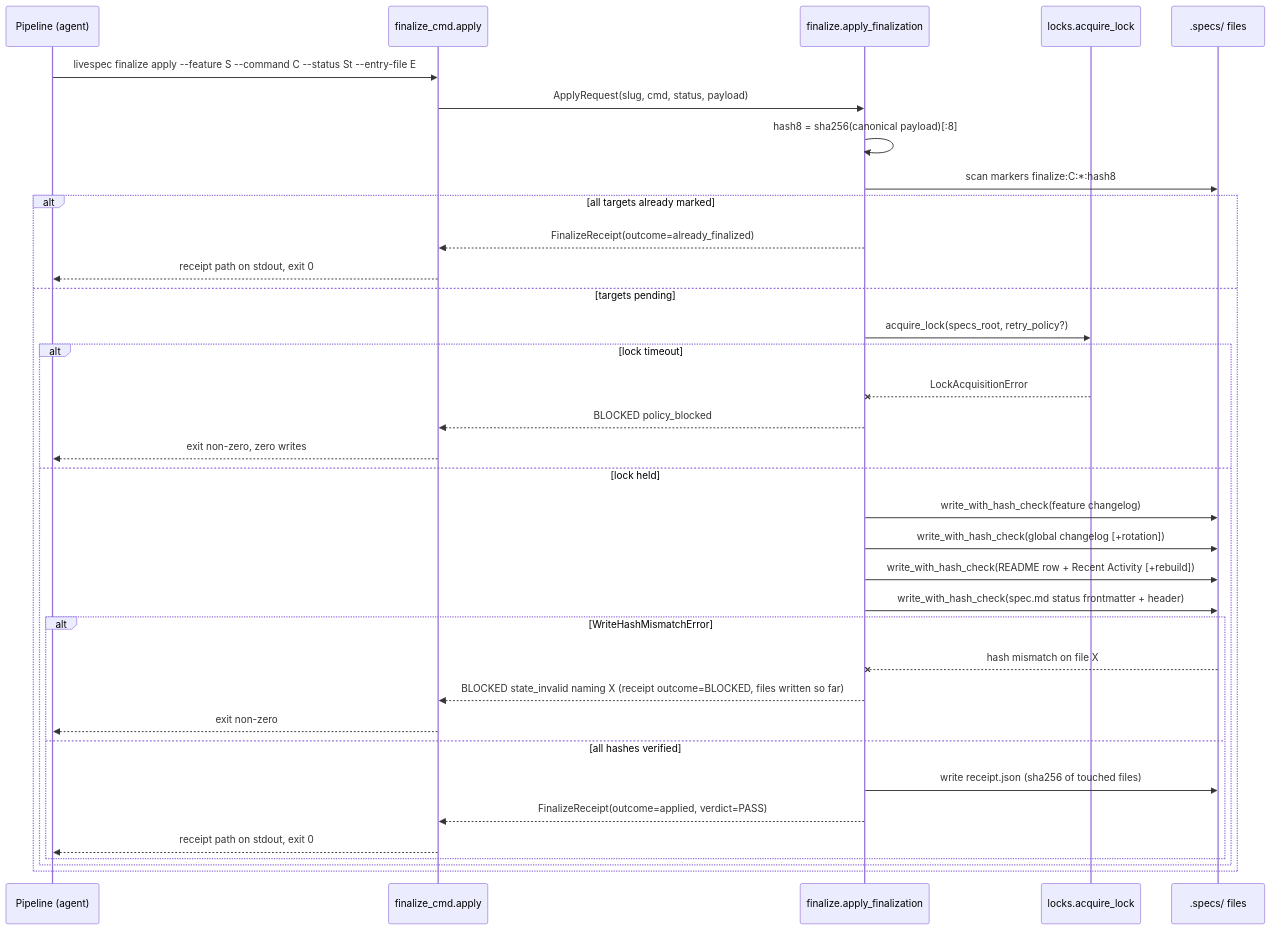
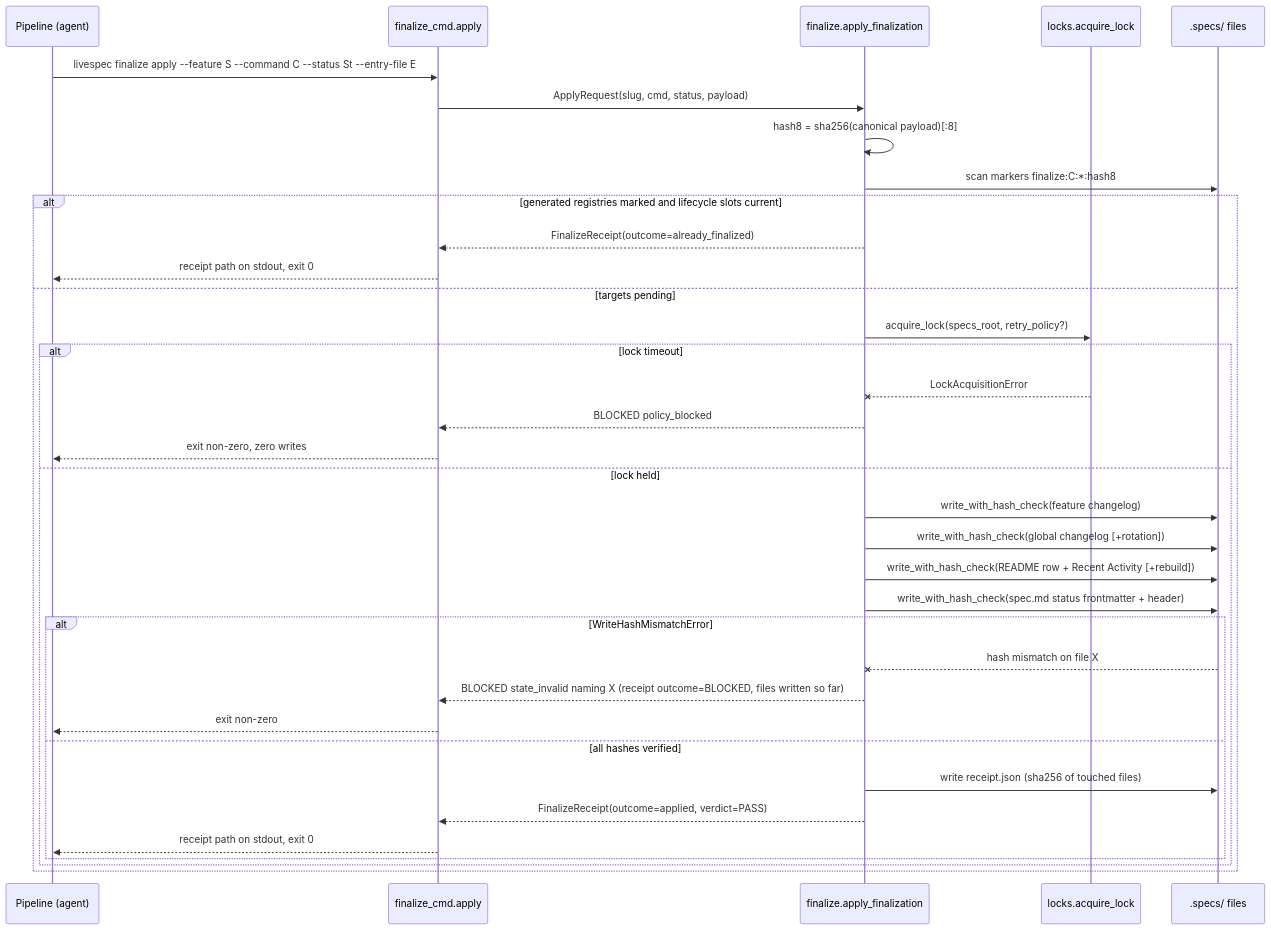
Before and after one commit to julien-m/livespec: the first of 4 diagrams in .specs/features/058-deterministic-finalization/plan.md, drawn with Mermaid. The commit also changed other lines of this file and 1391 other files, not shown here.

````diff
--- a/.specs/features/058-deterministic-finalization/plan.md
+++ b/.specs/features/058-deterministic-finalization/plan.md
@@ -75,38 +76,38 @@
 ```mermaid
 sequenceDiagram
     participant P as Pipeline (agent)
     participant CLI as finalize_cmd.apply
     participant F as finalize.apply_finalization
     participant L as locks.acquire_lock
     participant FS as .specs/ files
 
     P->>CLI: livespec finalize apply --feature S --command C --status St --entry-file E
     CLI->>F: ApplyRequest(slug, cmd, status, payload)
     F->>F: hash8 = sha256(canonical payload)[:8]
     F->>FS: scan markers finalize:C:*:hash8
-    alt all targets already marked
+    alt generated registries marked and lifecycle slots current
         F-->>CLI: FinalizeReceipt(outcome=already_finalized)
         CLI-->>P: receipt path on stdout, exit 0
     else targets pending
         F->>L: acquire_lock(specs_root, retry_policy?)
         alt lock timeout
             L--xF: LockAcquisitionError
             F-->>CLI: BLOCKED policy_blocked
             CLI-->>P: exit non-zero, zero writes
         else lock held
             F->>FS: write_with_hash_check(feature changelog)
             F->>FS: write_with_hash_check(global changelog [+rotation])
             F->>FS: write_with_hash_check(README row + Recent Activity [+rebuild])
             F->>FS: write_with_hash_check(spec.md status frontmatter + header)
             alt WriteHashMismatchError
                 FS--xF: hash mismatch on file X
                 F-->>CLI: BLOCKED state_invalid naming X (receipt outcome=BLOCKED, files written so far)
                 CLI-->>P: exit non-zero
             else all hashes verified
                 F->>FS: write receipt.json (sha256 of touched files)
                 F-->>CLI: FinalizeReceipt(outcome=applied, verdict=PASS)
                 CLI-->>P: receipt path on stdout, exit 0
             end
         end
     end
 ```
````
